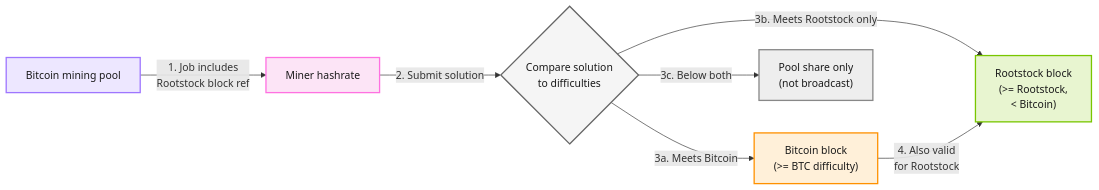
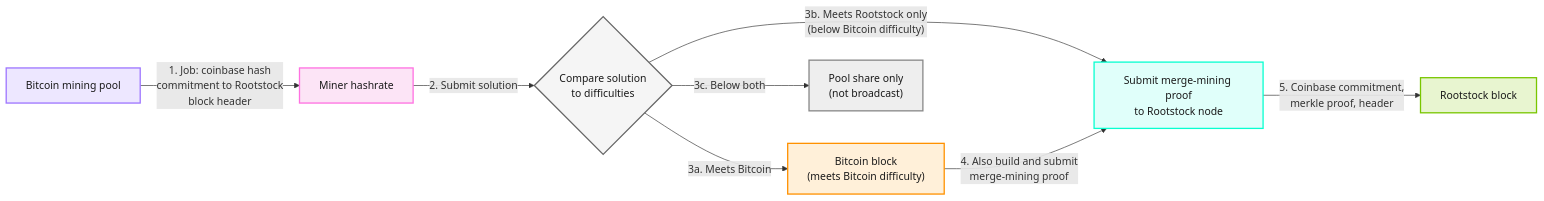
The diagram in docs/01-concepts/foundations/merged-mining/index.md (rsksmart/devportal), drawn with Mermaid before and after one commit. The commit also changed other lines of this file and 6 other files, not shown here.

First line of the commit message:
docs: apply Architecture feedback to Atlas, Stack, PowPeg, and related diagrams

````diff
--- a/docs/01-concepts/foundations/merged-mining/index.md
+++ b/docs/01-concepts/foundations/merged-mining/index.md
@@ -21,31 +21,35 @@
 ```mermaid
 flowchart LR
   Pool["Bitcoin mining pool"]
   Miner["Miner hashrate"]
   Comp{"Compare solution<br/>to difficulties"}
 
-  BTC["Bitcoin block<br/>(>= BTC difficulty)"]
-  RSK["Rootstock block<br/>(>= Rootstock,<br/>&lt; Bitcoin)"]
+  BTC["Bitcoin block<br/>(meets Bitcoin difficulty)"]
+  Proof["Submit merge-mining proof<br/>to Rootstock node"]
+  RSK["Rootstock block"]
   Share["Pool share only<br/>(not broadcast)"]
 
-  Pool -->|"1. Job includes<br/>Rootstock block ref"| Miner
+  Pool -->|"1. Job: coinbase hash<br/>commitment to Rootstock<br/>block header"| Miner
   Miner -->|"2. Submit solution"| Comp
   Comp -->|"3a. Meets Bitcoin"| BTC
-  Comp -->|"3b. Meets Rootstock only"| RSK
+  Comp -->|"3b. Meets Rootstock only<br/>(below Bitcoin difficulty)"| Proof
   Comp -->|"3c. Below both"| Share
-  BTC -->|"4. Also valid<br/>for Rootstock"| RSK
+  BTC -->|"4. Also build and submit<br/>merge-mining proof"| Proof
+  Proof -->|"5. Coinbase commitment,<br/>merkle proof, header"| RSK
 
   classDef pool fill:#EDE7FF,stroke:#9E76FF,stroke-width:2px,color:#1a1a1a
   classDef miner fill:#FCE4F6,stroke:#FF71E1,stroke-width:2px,color:#1a1a1a
   classDef decision fill:#F5F5F5,stroke:#666666,stroke-width:2px,color:#1a1a1a
   classDef btc fill:#FFF0D9,stroke:#FF9100,stroke-width:2px,color:#1a1a1a
   classDef rsk fill:#E8F5D0,stroke:#79C600,stroke-width:2px,color:#1a1a1a
   classDef share fill:#EEEEEE,stroke:#888888,stroke-width:2px,color:#1a1a1a
+  classDef proof fill:#E0FFFA,stroke:#08FFD0,stroke-width:2px,color:#1a1a1a
 
   class Pool pool
   class Miner miner
   class Comp decision
   class BTC btc
   class RSK rsk
   class Share share
+  class Proof proof
 ```
````
